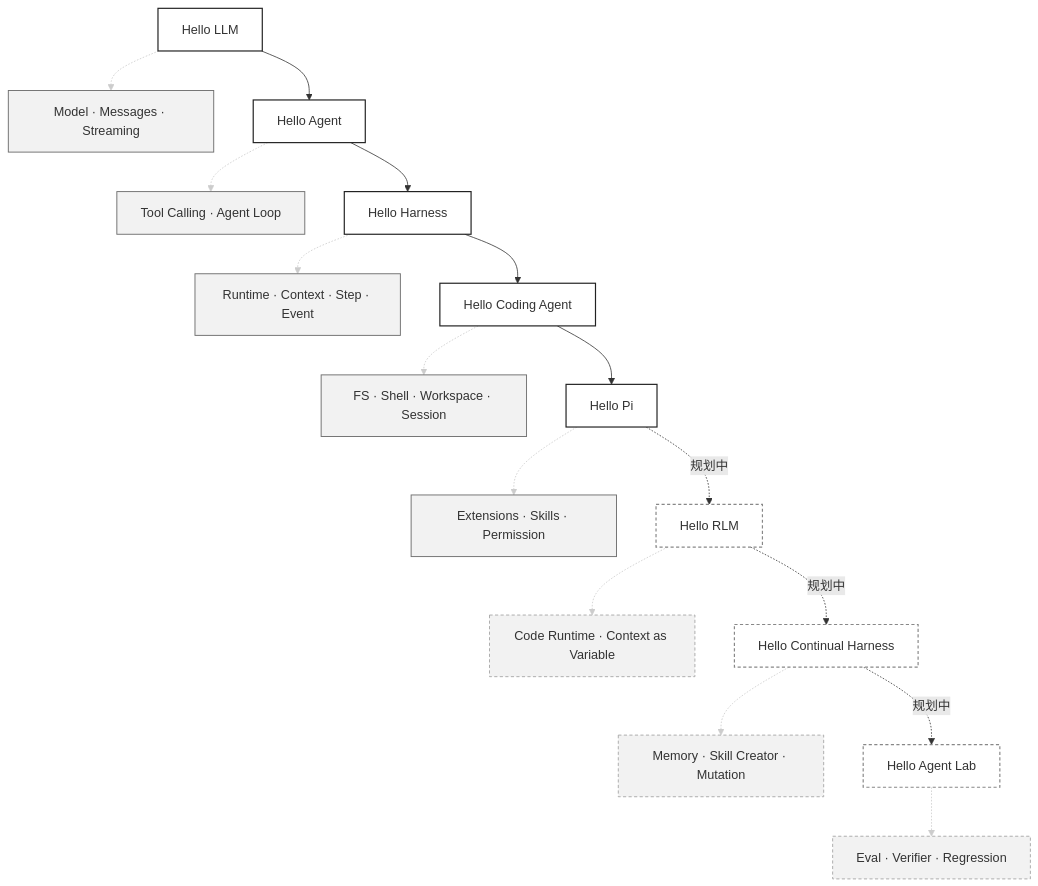
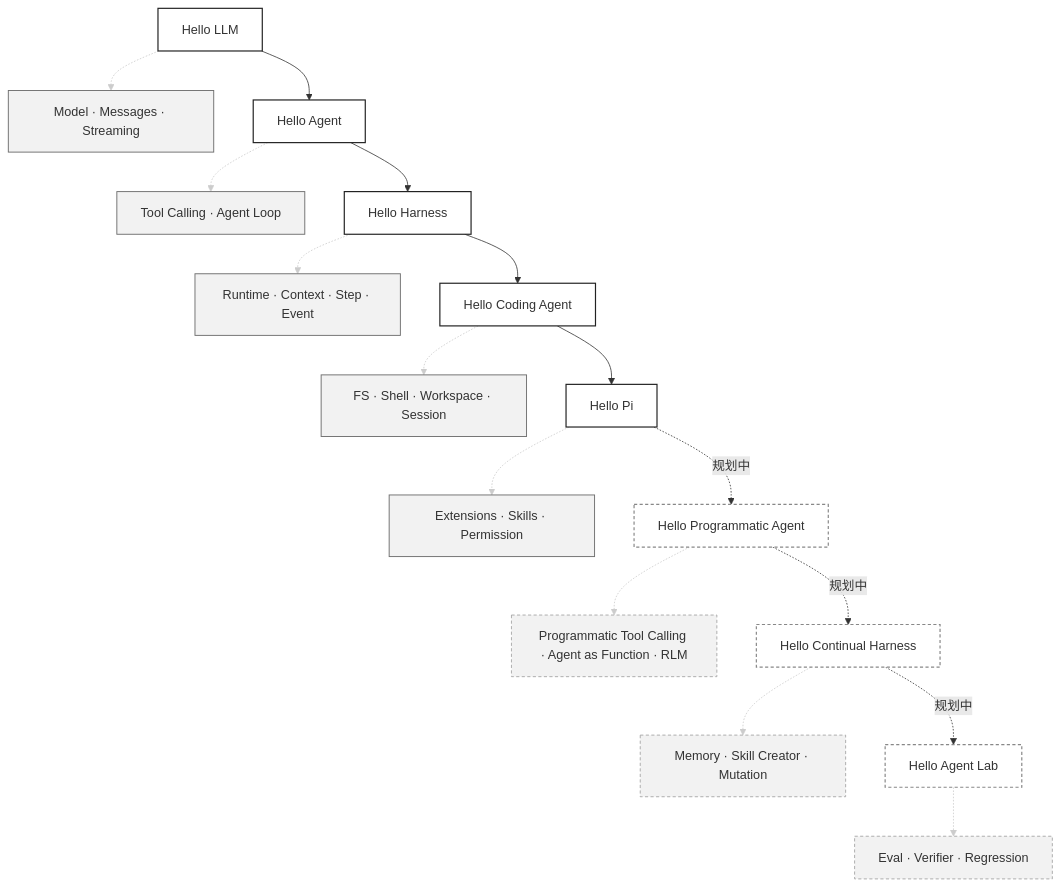
The diagram in docs/zh/index.md (liuyueyi/hello-harness), drawn with Mermaid before and after one commit. The commit also changed other lines of this file and 87 other files, not shown here.

````diff
--- a/docs/zh/index.md
+++ b/docs/zh/index.md
@@ -38,32 +38,32 @@
 ```mermaid
 flowchart TD
     %% 主节点：白底，深色实线边框（重点突出演进阶段）
     classDef mainNode fill:#ffffff,stroke:#222222,stroke-width:1.5,rounded:10
     %% 注释节点：浅灰背景，灰色边框，弱化层级
     classDef noteNode fill:#f2f2f2,stroke:#707070,stroke-width:1.2,rounded:10
     %% 规划中‑主节点：白底，虚线边框
     classDef mainPlanned fill:#ffffff,stroke:#888888,stroke-width:1.5,stroke-dasharray:4 3,rounded:10
     %% 规划中‑注释节点：浅灰背景，虚线边框
     classDef notePlanned fill:#f2f2f2,stroke:#aaaaaa,stroke-width:1.2,stroke-dasharray:4 3,rounded:10
 
     A["Hello LLM"]:::mainNode -.->| | A_note["Model · Messages · Streaming"]:::noteNode
     B["Hello Agent"]:::mainNode -.->| | B_note["Tool Calling · Agent Loop"]:::noteNode
     C["Hello Harness"]:::mainNode -.->| | C_note["Runtime · Context · Step · Event"]:::noteNode
     D["Hello Coding Agent"]:::mainNode -.->| | D_note["FS · Shell · Workspace · Session"]:::noteNode
     E["Hello Pi"]:::mainNode -.->| | E_note["Extensions · Skills · Permission"]:::noteNode
-    F["Hello RLM"]:::mainPlanned -.->| | F_note["Code Runtime · Context as Variable"]:::notePlanned
+    F["Hello Programmatic Agent"]:::mainPlanned -.->| | F_note["Programmatic Tool Calling · Agent as Function · RLM"]:::notePlanned
     G["Hello Continual Harness"]:::mainPlanned -.->| | G_note["Memory · Skill Creator · Mutation"]:::notePlanned
     H["Hello Agent Lab"]:::mainPlanned -.->| | H_note["Eval · Verifier · Regression"]:::notePlanned
 
     %% 主流程链路
     A --> B
     B --> C
     C --> D
     D --> E
     E -. 规划中 .-> F
     F -. 规划中 .-> G
     G -. 规划中 .-> H
 
     %% 主节点到注释的连接线弱化为浅灰色
     linkStyle 0,1,2,3,4,5,6,7 stroke:#cccccc,stroke-width:1
 ```
````
